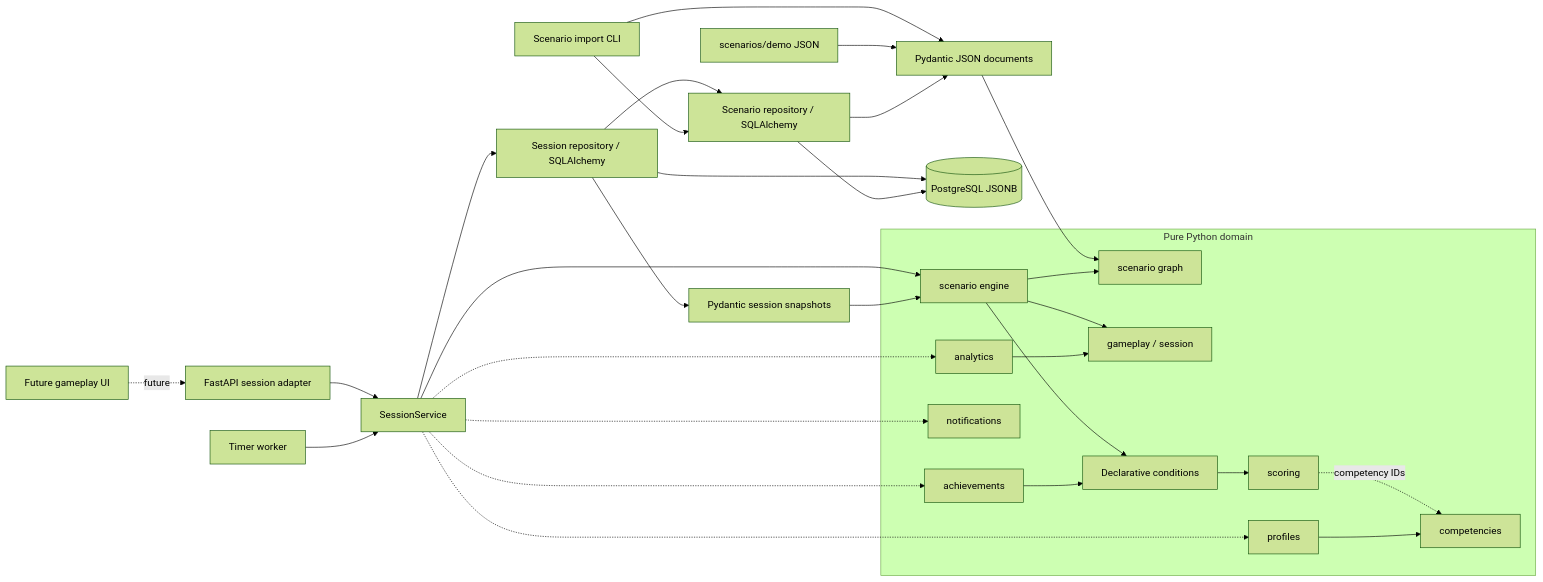
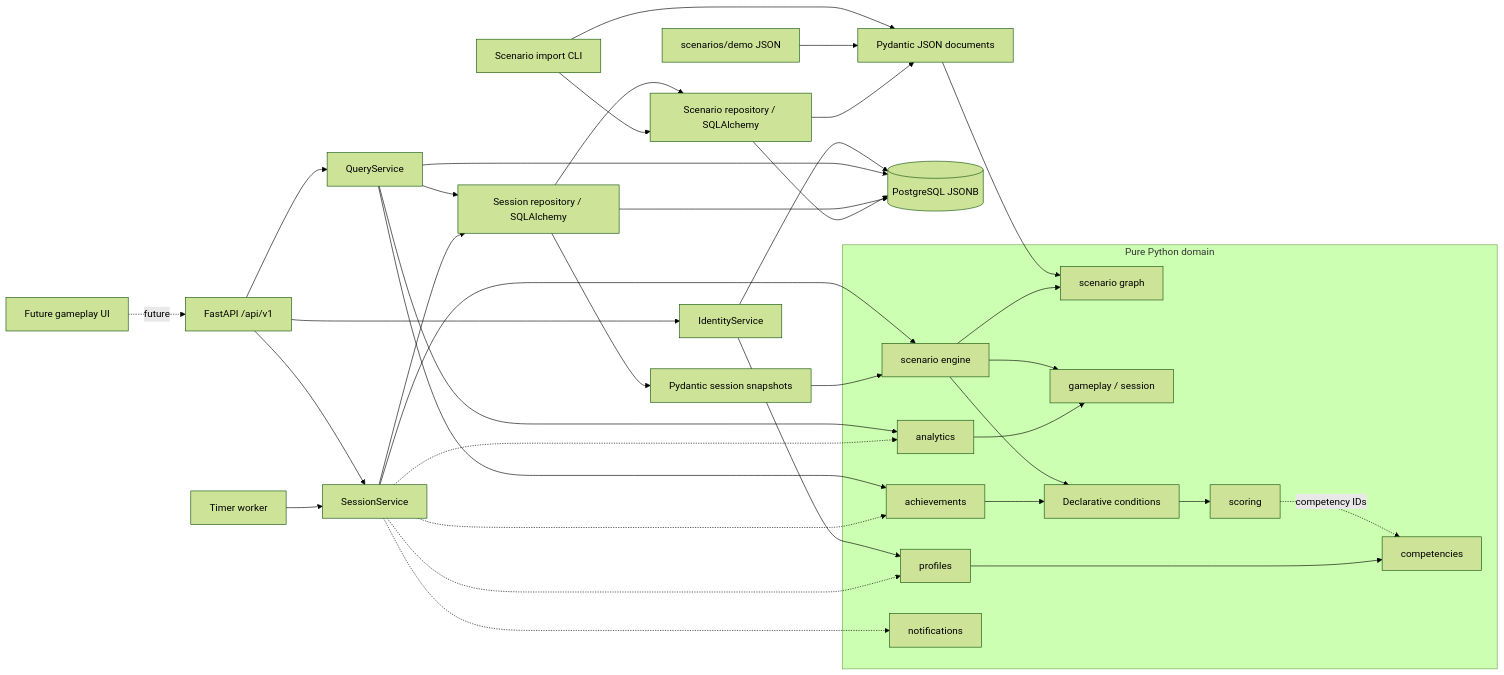
Before and after one commit to chidori31/vsm-training-platform: the diagram in docs/ARCHITECTURE.md, drawn with Mermaid (forest theme). The commit also changed other lines of this file and 28 other files, not shown here.

Commit message:
feat: expose gameplay and integration API

````diff
--- a/docs/ARCHITECTURE.md
+++ b/docs/ARCHITECTURE.md
@@ -22,33 +23,41 @@
 ```mermaid
 flowchart LR
-    React[Future gameplay UI] -. future .-> API[FastAPI session adapter]
+    React[Future gameplay UI] -. future .-> API[FastAPI /api/v1]
     API --> UseCases[SessionService]
+    API --> Identity[IdentityService]
+    API --> Queries[QueryService]
+    Identity --> Profiles
+    Identity --> PG
+    Queries --> Sessions
+    Queries --> Analytics
+    Queries --> Achievements
+    Queries --> PG
     Worker[Timer worker] --> UseCases
     UseCases --> Engine[scenario engine]
     UseCases --> Sessions[Session repository / SQLAlchemy]
     Sessions --> Snapshots[Pydantic session snapshots]
     Sessions --> SQL[Scenario repository / SQLAlchemy]
     Sessions --> PG[(PostgreSQL JSONB)]
     CLI[Scenario import CLI] --> Documents[Pydantic JSON documents]
     Files[scenarios/demo JSON] --> Documents
     CLI --> SQL
     SQL --> Documents
     SQL --> PG
     Documents --> Graph[scenario graph]
     Snapshots --> Engine
     subgraph Domain[Pure Python domain]
         Engine --> Gameplay[gameplay / session]
         Engine --> Graph
         Engine --> Rules[Declarative conditions]
         Rules --> Scoring[scoring]
         Scoring -. competency IDs .-> Competencies[competencies]
         Profiles[profiles] --> Competencies
         Achievements[achievements] --> Rules
         Notifications[notifications]
         Analytics[analytics] --> Gameplay
     end
     UseCases -.-> Profiles
     UseCases -.-> Achievements
     UseCases -.-> Notifications
     UseCases -.-> Analytics
 ```
````
